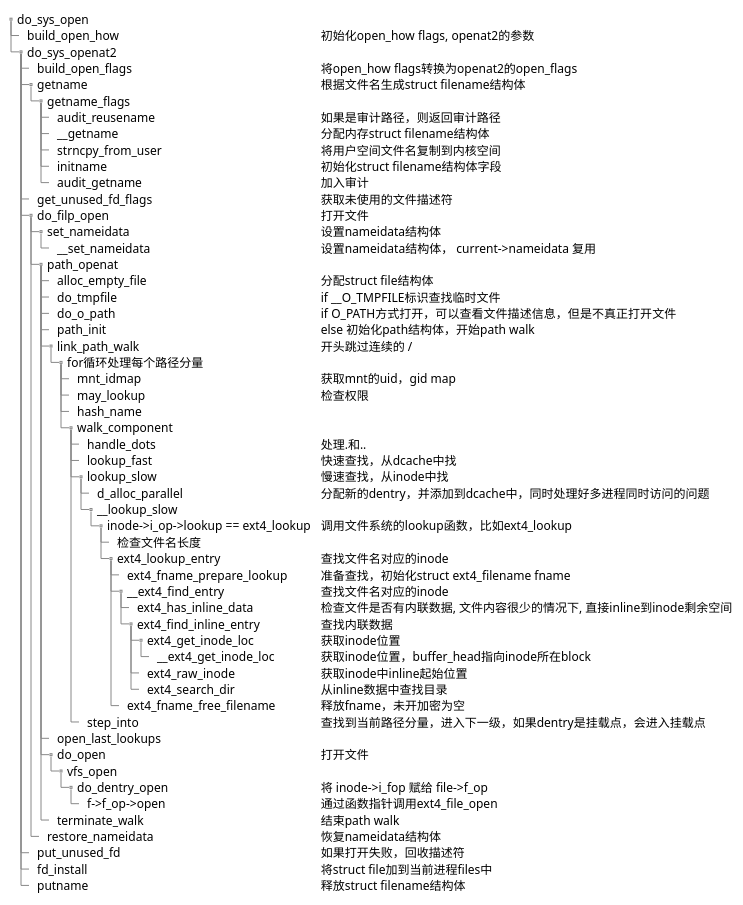
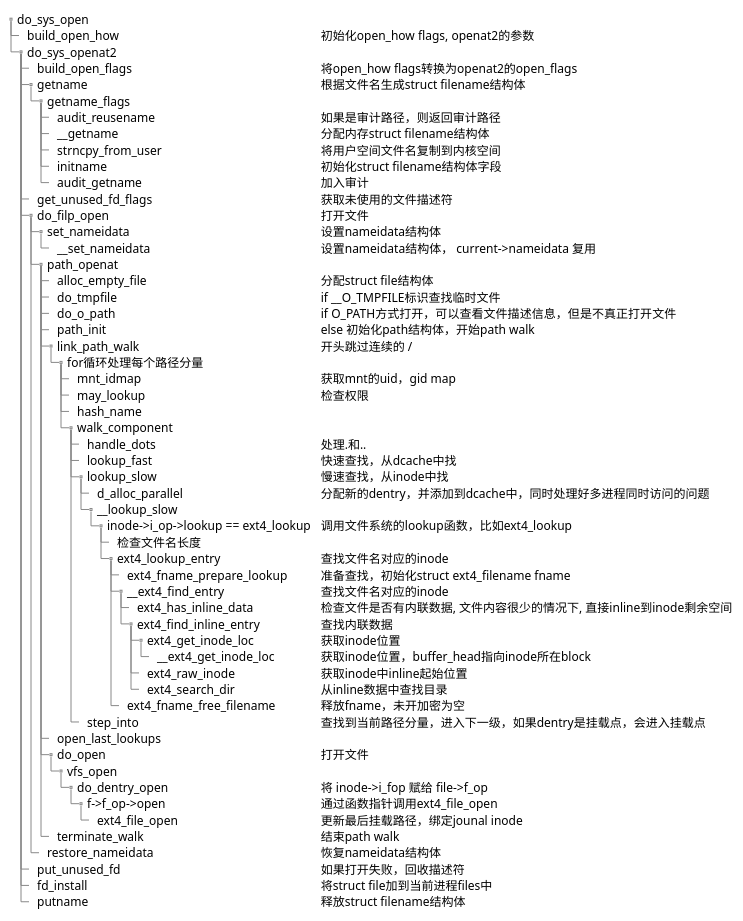
Before and after one commit to hml1006/linux-comment: the first of 2 diagrams in notes/file.md, drawn with PlantUML. The commit also changed 1 other file, not shown here.

Commit message:
更新mount文档

````diff
--- a/notes/file.md
+++ b/notes/file.md
@@ -207,61 +207,62 @@
 ```plantuml
 @startsalt
 {{T
 + do_sys_open
 ++ build_open_how       | 初始化open_how flags, openat2的参数
 ++ do_sys_openat2
 +++ build_open_flags    | 将open_how flags转换为openat2的open_flags
 +++ getname             | 根据文件名生成struct filename结构体
 ++++ getname_flags
 +++++ audit_reusename   | 如果是审计路径，则返回审计路径
 +++++ __getname         | 分配内存struct filename结构体
 +++++ strncpy_from_user | 将用户空间文件名复制到内核空间
 +++++ initname          | 初始化struct filename结构体字段
 +++++ audit_getname     | 加入审计
 +++ get_unused_fd_flags | 获取未使用的文件描述符
 +++ do_filp_open    | 打开文件
 ++++ set_nameidata | 设置nameidata结构体
 +++++ __set_nameidata | 设置nameidata结构体， current->nameidata 复用
 ++++ path_openat
 +++++ alloc_empty_file | 分配struct file结构体
 +++++ do_tmpfile | if __O_TMPFILE标识查找临时文件
 +++++ do_o_path | if O_PATH方式打开，可以查看文件描述信息，但是不真正打开文件
 +++++ path_init | else 初始化path结构体，开始path walk
 +++++ link_path_walk    | 开头跳过连续的 /
 ++++++ for循环处理每个路径分量
 +++++++ mnt_idmap        | 获取mnt的uid，gid map
 +++++++ may_lookup | 检查权限
 +++++++ hash_name
 +++++++ walk_component
 ++++++++ handle_dots    | 处理.和..
 ++++++++ lookup_fast | 快速查找，从dcache中找
 ++++++++ lookup_slow | 慢速查找，从inode中找
 +++++++++ d_alloc_parallel | 分配新的dentry，并添加到dcache中，同时处理好多进程同时访问的问题
 +++++++++ __lookup_slow
 ++++++++++ inode->i_op->lookup == ext4_lookup | 调用文件系统的lookup函数，比如ext4_lookup
 +++++++++++ 检查文件名长度
 +++++++++++ ext4_lookup_entry | 查找文件名对应的inode
 ++++++++++++ ext4_fname_prepare_lookup | 准备查找，初始化struct ext4_filename fname
 ++++++++++++ __ext4_find_entry | 查找文件名对应的inode
 +++++++++++++ ext4_has_inline_data | 检查文件是否有内联数据, 文件内容很少的情况下, 直接inline到inode剩余空间
 +++++++++++++ ext4_find_inline_entry | 查找内联数据
 ++++++++++++++ ext4_get_inode_loc | 获取inode位置
 +++++++++++++++ __ext4_get_inode_loc | 获取inode位置，buffer_head指向inode所在block
 ++++++++++++++ ext4_raw_inode | 获取inode中inline起始位置
 ++++++++++++++ ext4_search_dir | 从inline数据中查找目录
 ++++++++++++ ext4_fname_free_filename | 释放fname，未开加密为空
 ++++++++ step_into | 查找到当前路径分量，进入下一级，如果dentry是挂载点，会进入挂载点
 +++++ open_last_lookups
 +++++ do_open | 打开文件
 ++++++ vfs_open
 +++++++ do_dentry_open  | 将 inode->i_fop 赋给 file->f_op
 ++++++++ f->f_op->open | 通过函数指针调用ext4_file_open
++++++++++ ext4_file_open | 更新最后挂载路径，绑定jounal inode
 +++++ terminate_walk | 结束path walk
 ++++ restore_nameidata | 恢复nameidata结构体
 +++ put_unused_fd       | 如果打开失败，回收描述符
 +++ fd_install       | 将struct file加到当前进程files中
 +++ putname             | 释放struct filename结构体
 
 }}
 @endsalt
 ```
````
